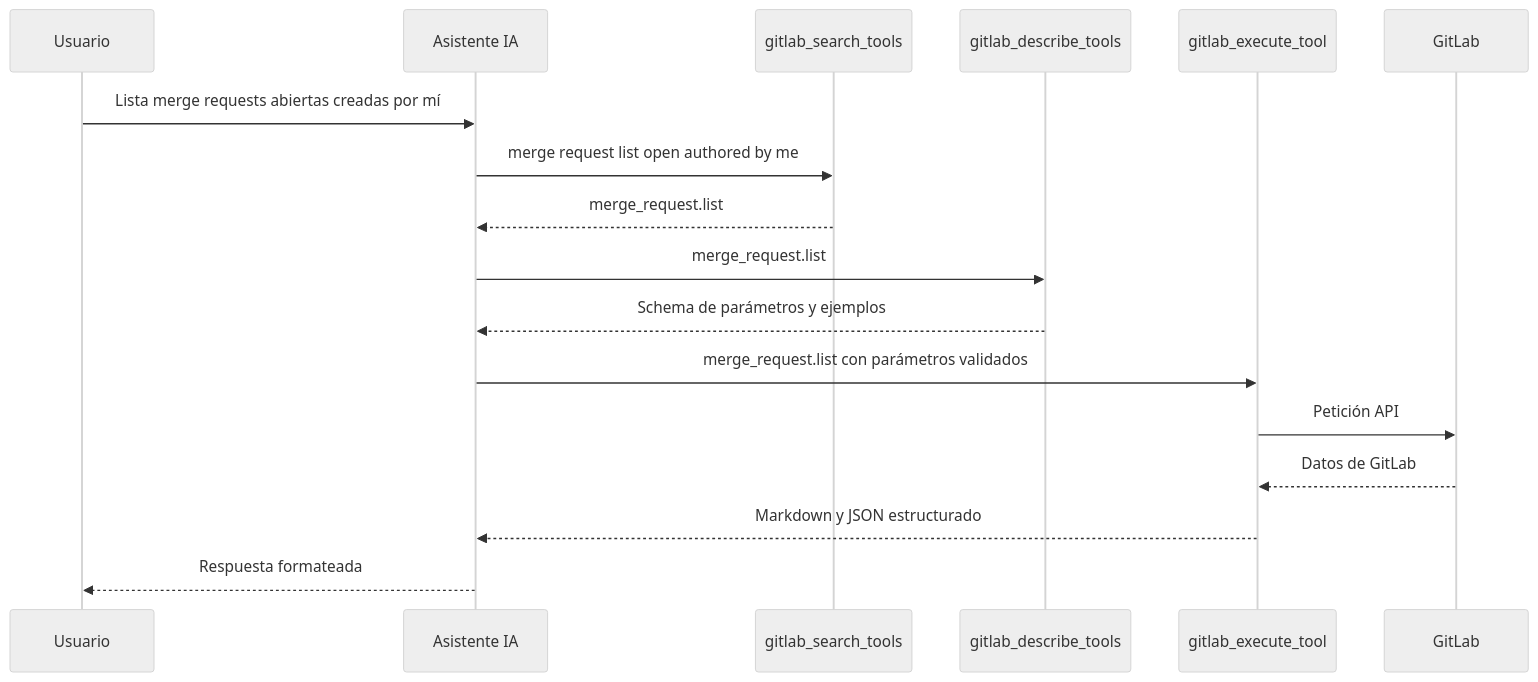
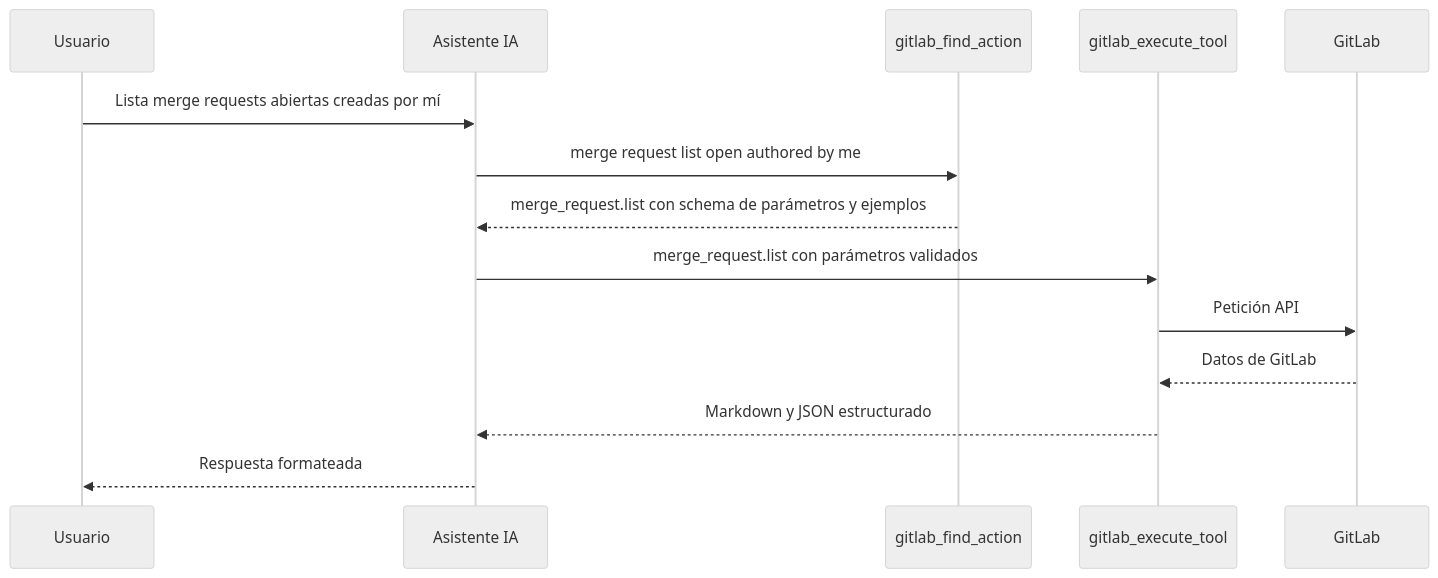
The second of 2 diagrams in site/src/content/docs/es/tools/dynamic-tools.mdx (jmrplens/gitlab-mcp-server), drawn with Mermaid (neutral theme) before and after one commit. The commit also changed other lines of this file and 179 other files, not shown here.

````diff
--- a/site/src/content/docs/es/tools/dynamic-tools.mdx
+++ b/site/src/content/docs/es/tools/dynamic-tools.mdx
@@ -88,20 +80,17 @@
 ```mermaid
 sequenceDiagram
     participant User as Usuario
     participant AI as Asistente IA
-    participant Search as gitlab_search_tools
-    participant Describe as gitlab_describe_tools
+	participant Find as gitlab_find_action
     participant Execute as gitlab_execute_tool
     participant GitLab
 
     User->>AI: Lista merge requests abiertas creadas por mí
-    AI->>Search: merge request list open authored by me
-    Search-->>AI: merge_request.list
-    AI->>Describe: merge_request.list
-    Describe-->>AI: Schema de parámetros y ejemplos
+	AI->>Find: merge request list open authored by me
+	Find-->>AI: merge_request.list con schema de parámetros y ejemplos
     AI->>Execute: merge_request.list con parámetros validados
     Execute->>GitLab: Petición API
     GitLab-->>Execute: Datos de GitLab
     Execute-->>AI: Markdown y JSON estructurado
     AI-->>User: Respuesta formateada
 ```
````
